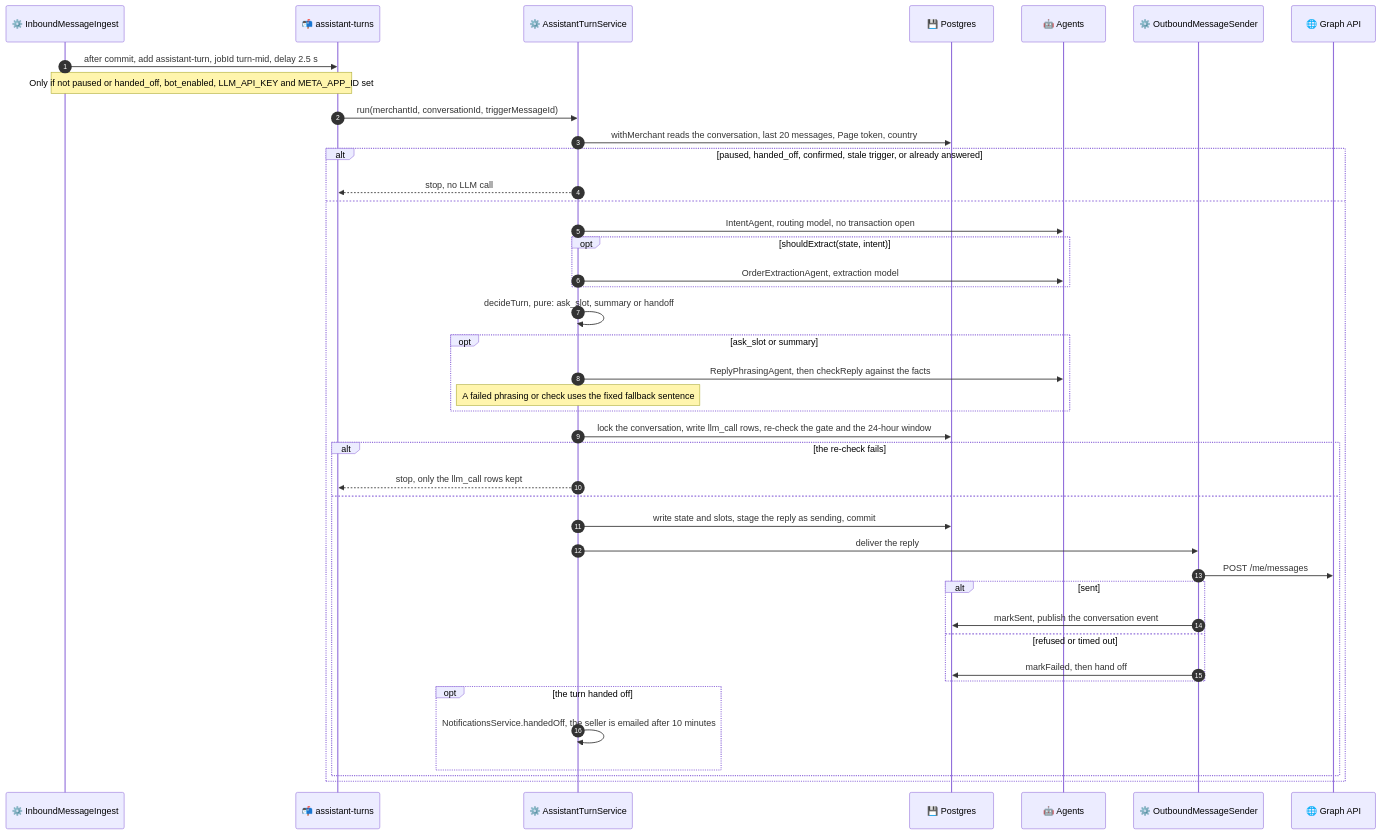
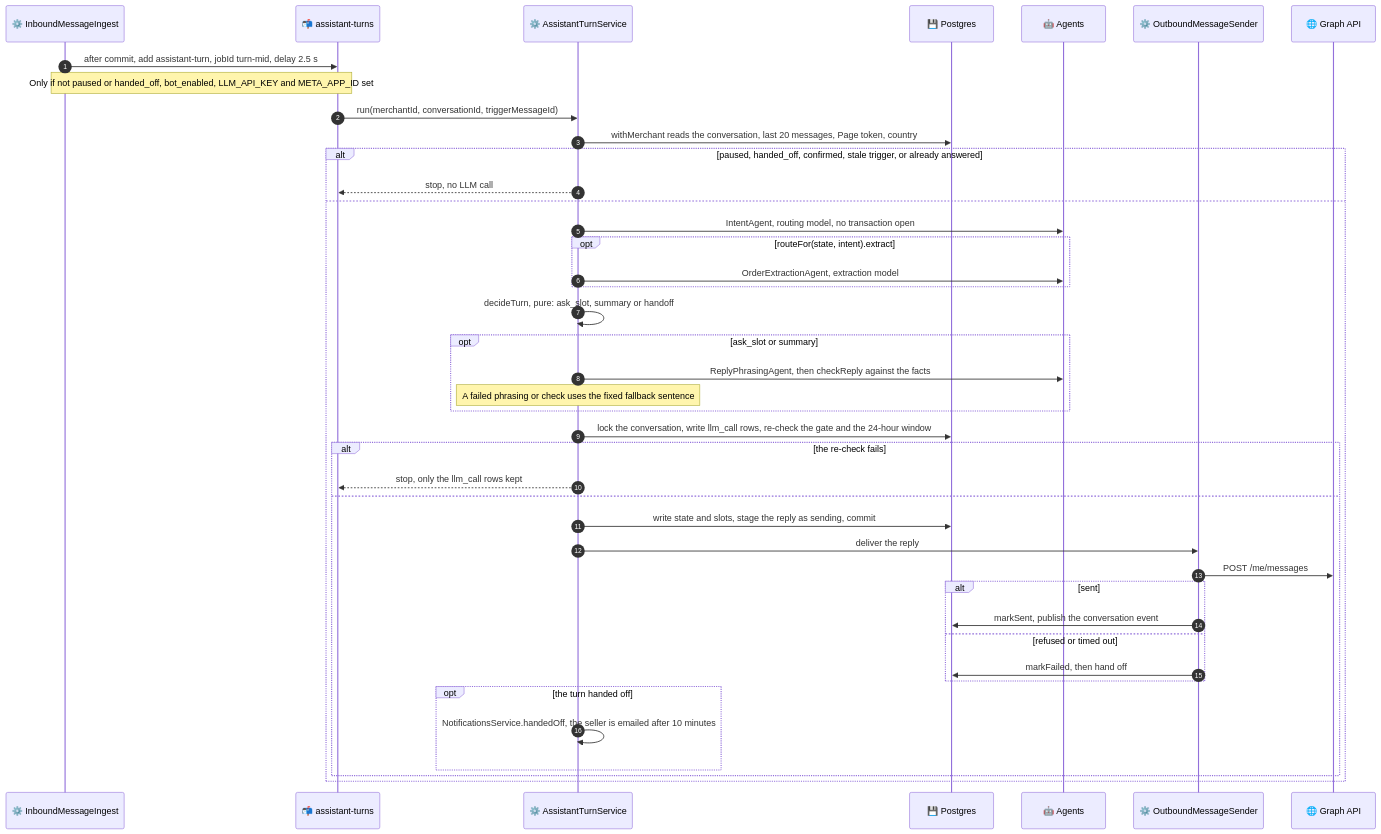
Before and after one commit to nabil404/project-alpha: the diagram in docs/features/11-ai-implementation/phase-1-foundation/turn-flow.md, drawn with Mermaid. The commit also changed 7 other files, not shown here.

````diff
--- a/docs/features/11-ai-implementation/phase-1-foundation/turn-flow.md
+++ b/docs/features/11-ai-implementation/phase-1-foundation/turn-flow.md
@@ -8,45 +8,45 @@
 ```mermaid
 sequenceDiagram
     autonumber
     participant Ingest as ⚙️ InboundMessageIngest
     participant Queue as 📬 assistant-turns
     participant Turn as ⚙️ AssistantTurnService
     participant DB as 💾 Postgres
     participant LLM as 🤖 Agents
     participant Sender as ⚙️ OutboundMessageSender
     participant Meta as 🌐 Graph API
 
     Ingest->>Queue: after commit, add assistant-turn, jobId turn-mid, delay 2.5 s
     Note over Ingest,Queue: Only if not paused or handed_off, bot_enabled, LLM_API_KEY and META_APP_ID set
     Queue->>Turn: run(merchantId, conversationId, triggerMessageId)
     Turn->>DB: withMerchant reads the conversation, last 20 messages, Page token, country
     alt paused, handed_off, confirmed, stale trigger, or already answered
         Turn-->>Queue: stop, no LLM call
     else
         Turn->>LLM: IntentAgent, routing model, no transaction open
-        opt shouldExtract(state, intent)
+        opt routeFor(state, intent).extract
             Turn->>LLM: OrderExtractionAgent, extraction model
         end
         Turn->>Turn: decideTurn, pure: ask_slot, summary or handoff
         opt ask_slot or summary
             Turn->>LLM: ReplyPhrasingAgent, then checkReply against the facts
             Note over Turn: A failed phrasing or check uses the fixed fallback sentence
         end
         Turn->>DB: lock the conversation, write llm_call rows, re-check the gate and the 24-hour window
         alt the re-check fails
             Turn-->>Queue: stop, only the llm_call rows kept
         else
             Turn->>DB: write state and slots, stage the reply as sending, commit
             Turn->>Sender: deliver the reply
             Sender->>Meta: POST /me/messages
             alt sent
                 Sender->>DB: markSent, publish the conversation event
             else refused or timed out
                 Sender->>DB: markFailed, then hand off
             end
             opt the turn handed off
                 Turn->>Turn: NotificationsService.handedOff, the seller is emailed after 10 minutes
             end
         end
     end
 ```
````
